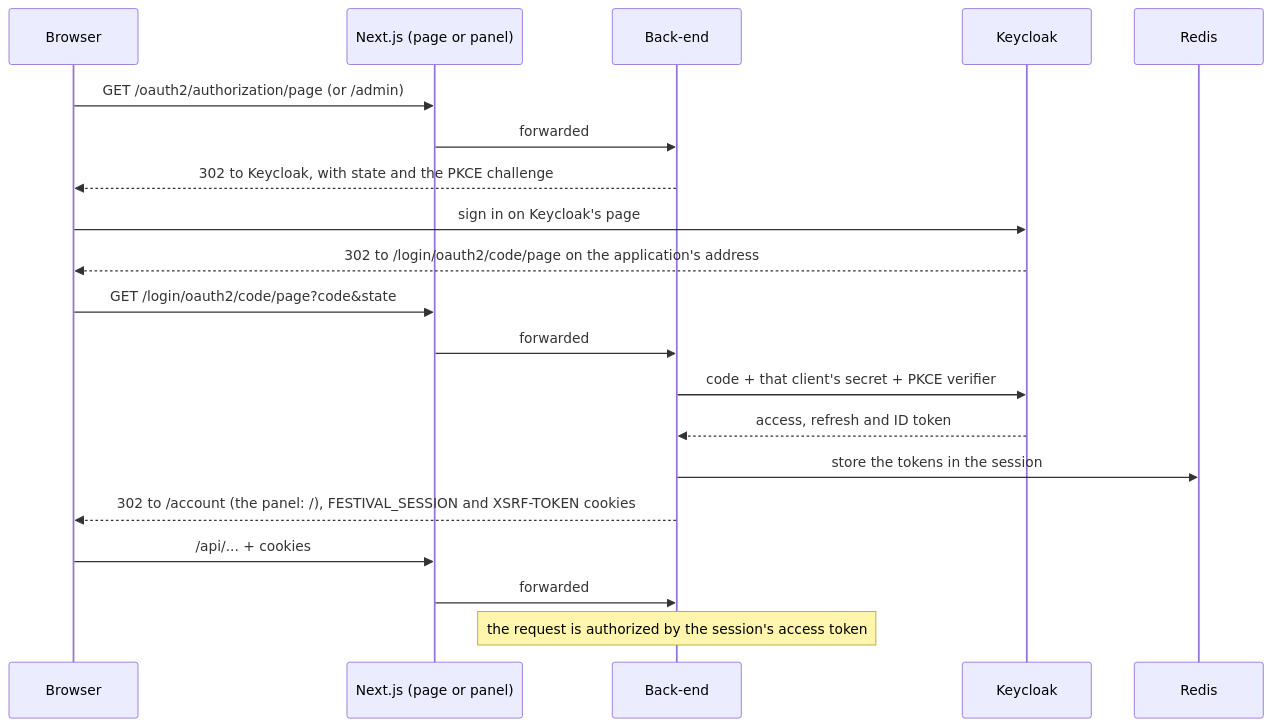
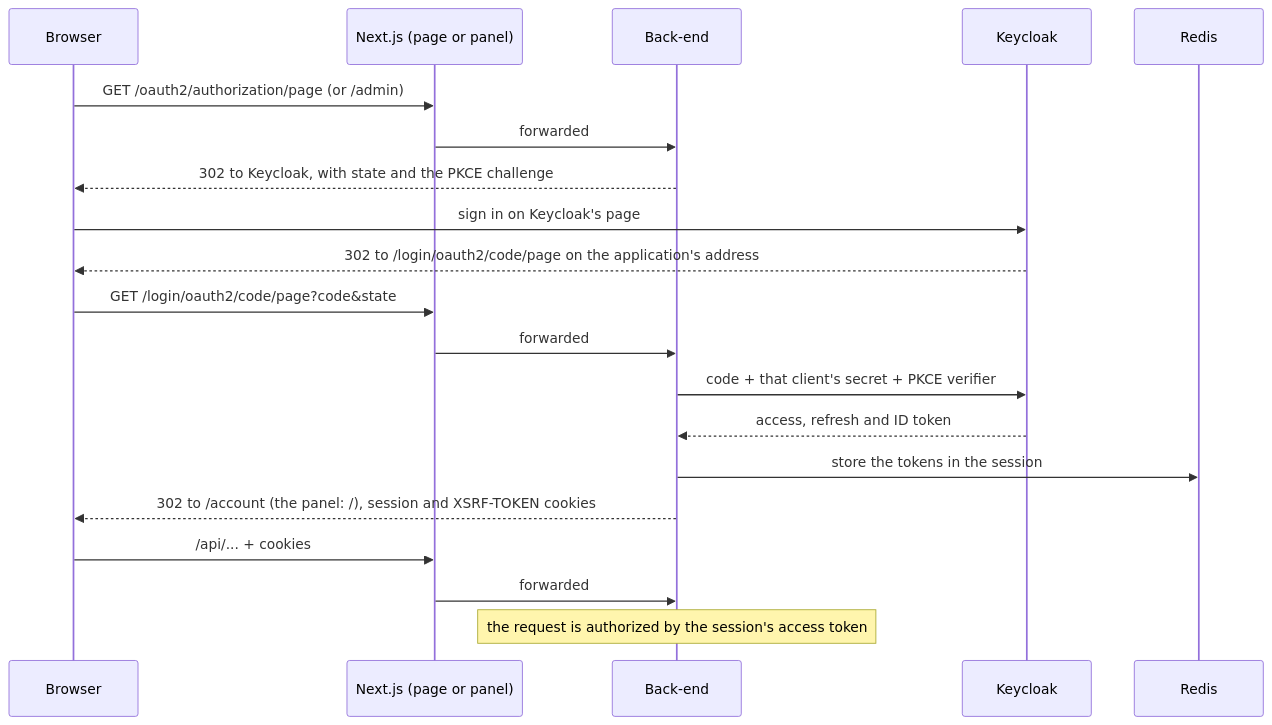
One commit to vertyll/festival changed the diagram in docs/authentication.md. Above: the diagram before and after it, drawn with Mermaid. The commit also changed other lines of this file and 36 other files, not shown here.

````diff
--- a/docs/authentication.md
+++ b/docs/authentication.md
@@ -22,23 +22,23 @@
 ```mermaid
 sequenceDiagram
     participant B as Browser
     participant N as Next.js (page or panel)
     participant A as Back-end
     participant K as Keycloak
     participant R as Redis
 
     B->>N: GET /oauth2/authorization/page (or /admin)
     N->>A: forwarded
     A-->>B: 302 to Keycloak, with state and the PKCE challenge
     B->>K: sign in on Keycloak's page
     K-->>B: 302 to /login/oauth2/code/page on the application's address
     B->>N: GET /login/oauth2/code/page?code&state
     N->>A: forwarded
     A->>K: code + that client's secret + PKCE verifier
     K-->>A: access, refresh and ID token
     A->>R: store the tokens in the session
-    A-->>B: 302 to /account (the panel: /), FESTIVAL_SESSION and XSRF-TOKEN cookies
+    A-->>B: 302 to /account (the panel: /), session and XSRF-TOKEN cookies
     B->>N: /api/... + cookies
     N->>A: forwarded
     Note over A: the request is authorized by the session's access token
 ```
````
